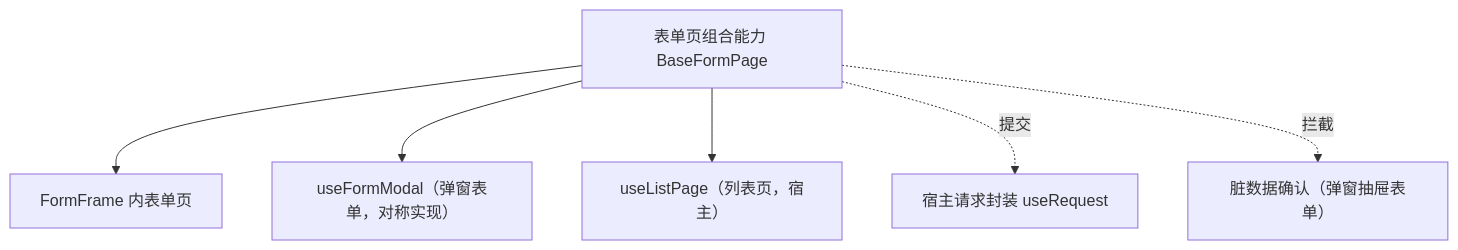
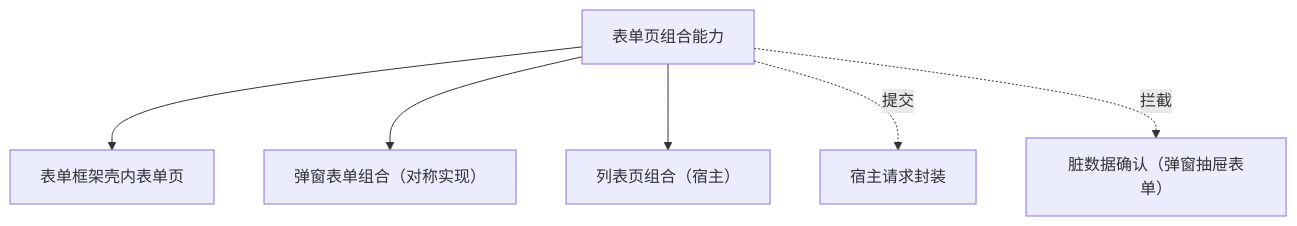
Before and after one commit to minjian123/basic-management-system: the diagram in bms文档/设计/组件设计/02_基础组件类/02_能力类/25_组件设计_表单页组合能力/25_组件设计_表单页组合能力.md, drawn with Mermaid. The commit also changed other lines of this file and 238 other files, not shown here.

````diff
--- a/bms文档/设计/组件设计/02_基础组件类/02_能力类/25_组件设计_表单页组合能力/25_组件设计_表单页组合能力.md
+++ b/bms文档/设计/组件设计/02_基础组件类/02_能力类/25_组件设计_表单页组合能力/25_组件设计_表单页组合能力.md
@@ -15,8 +16,8 @@
 ```mermaid
 flowchart TD
-    FP["表单页组合能力 BaseFormPage"] --> FR["FormFrame 内表单页"]
-    FP --> M["useFormModal（弹窗表单，对称实现）"]
-    FP --> L["useListPage（列表页，宿主）"]
-    FP -. 提交 .-> RQ["宿主请求封装 useRequest"]
+    FP["表单页组合能力"] --> FR["表单框架壳内表单页"]
+    FP --> M["弹窗表单组合（对称实现）"]
+    FP --> L["列表页组合（宿主）"]
+    FP -. 提交 .-> RQ["宿主请求封装"]
     FP -. 拦截 .-> DR["脏数据确认（弹窗抽屉表单）"]
 ```
````
